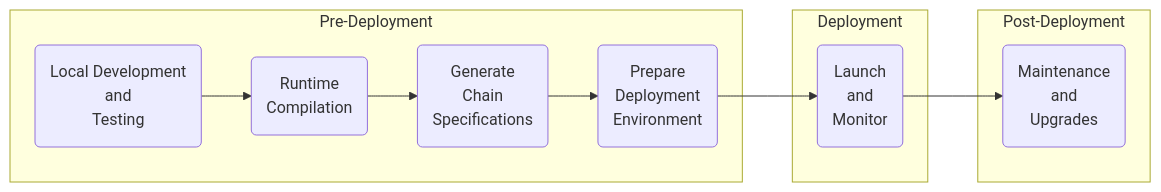
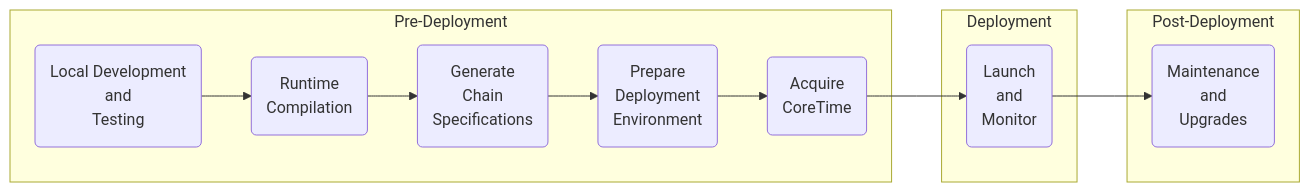
One commit to polkadot-developers/polkadot-docs changed the diagram in develop/blockchains/deployment/overview.md. Above: the diagram before and after it, drawn with Mermaid. The commit also changed other lines of this file, not shown here.

````diff
--- a/develop/blockchains/deployment/overview.md
+++ b/develop/blockchains/deployment/overview.md
@@ -19,14 +19,15 @@
 ```mermaid
 graph LR
     subgraph Pre-Deployment
     A("Local Development\nand\nTesting") --> B("Runtime \n Compilation")
     B --> C("Generate \n Chain \n Specifications")
     C --> D("Prepare \n Deployment \n Environment")
+    D --> E("Acquire \n CoreTime")
     end
     subgraph Deployment
-    D --> E("Launch \n and \n Monitor")
+    E --> F("Launch \n and \n Monitor")
     end
     subgraph Post-Deployment
-    E --> F("Maintenance \n and \n Upgrades")
+    F --> G("Maintenance \n and \n Upgrades")
     end
 ```
````
